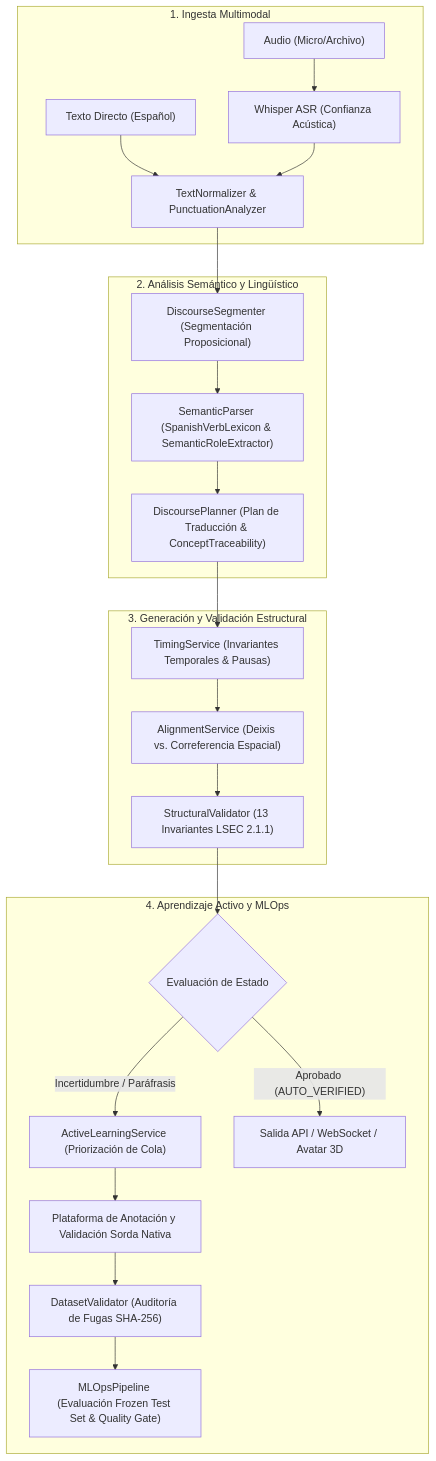
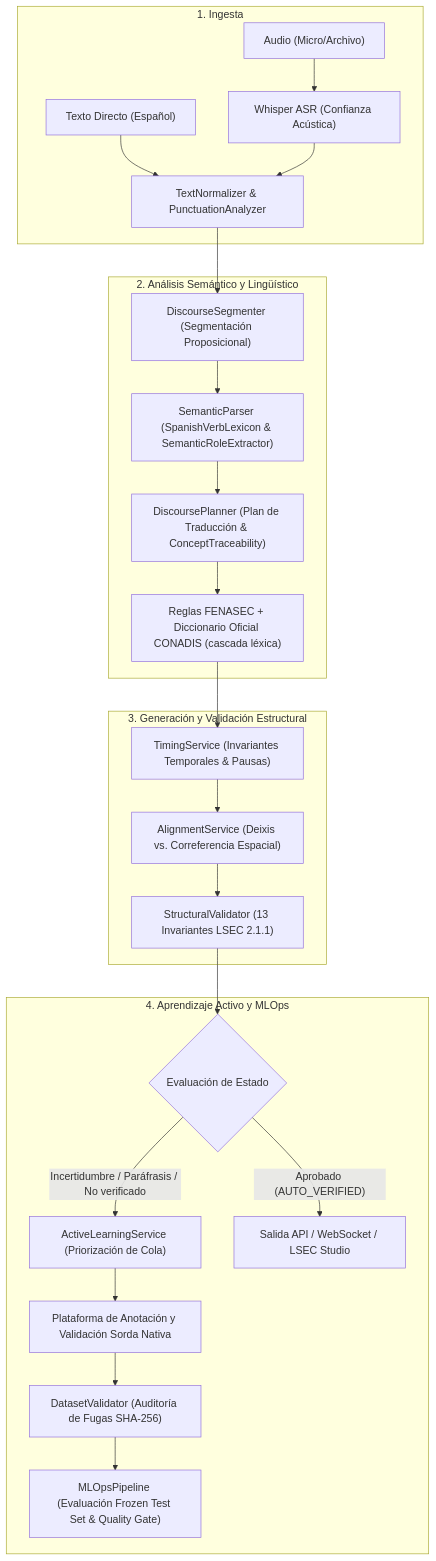
One commit to BrandonVol3/lsec-translator changed the diagram in README.md. Above: the diagram before and after it, drawn with Mermaid. The commit also changed other lines of this file and 541 other files, not shown here.

Commit message:
feat: implement LSEC sign language translator prototype with 3D avatar and backend services

````diff
--- a/README.md
+++ b/README.md
@@ -21,29 +53,30 @@
 ```mermaid
 graph TD
-    subgraph INGESTION["1. Ingesta Multimodal"]
+    subgraph INGESTION["1. Ingesta"]
         A1["Audio (Micro/Archivo)"] --> A2["Whisper ASR (Confianza Acústica)"]
         A3["Texto Directo (Español)"] --> B1["TextNormalizer & PunctuationAnalyzer"]
         A2 --> B1
     end
 
     subgraph NLP_SEMANTIC["2. Análisis Semántico y Lingüístico"]
         B1 --> B2["DiscourseSegmenter (Segmentación Proposicional)"]
         B2 --> B3["SemanticParser (SpanishVerbLexicon & SemanticRoleExtractor)"]
         B3 --> B4["DiscoursePlanner (Plan de Traducción & ConceptTraceability)"]
+        B4 --> B5["Reglas FENASEC + Diccionario Oficial CONADIS (cascada léxica)"]
     end
 
     subgraph GENERATION_VALIDATION["3. Generación y Validación Estructural"]
-        B4 --> C1["TimingService (Invariantes Temporales & Pausas)"]
+        B5 --> C1["TimingService (Invariantes Temporales & Pausas)"]
         C1 --> C2["AlignmentService (Deixis vs. Correferencia Espacial)"]
         C2 --> C3["StructuralValidator (13 Invariantes LSEC 2.1.1)"]
     end
 
     subgraph ACTIVE_LEARNING_MLOPS["4. Aprendizaje Activo y MLOps"]
         C3 --> D1{"Evaluación de Estado"}
-        D1 -- "Incertidumbre / Paráfrasis" --> D2["ActiveLearningService (Priorización de Cola)"]
+        D1 -- "Incertidumbre / Paráfrasis / No verificado" --> D2["ActiveLearningService (Priorización de Cola)"]
         D2 --> D3["Plataforma de Anotación y Validación Sorda Nativa"]
         D3 --> D4["DatasetValidator (Auditoría de Fugas SHA-256)"]
         D4 --> D5["MLOpsPipeline (Evaluación Frozen Test Set & Quality Gate)"]
-        D1 -- "Aprobado (AUTO_VERIFIED)" --> E1["Salida API / WebSocket / Avatar 3D"]
+        D1 -- "Aprobado (AUTO_VERIFIED)" --> E1["Salida API / WebSocket / LSEC Studio"]
     end
 ```
````
